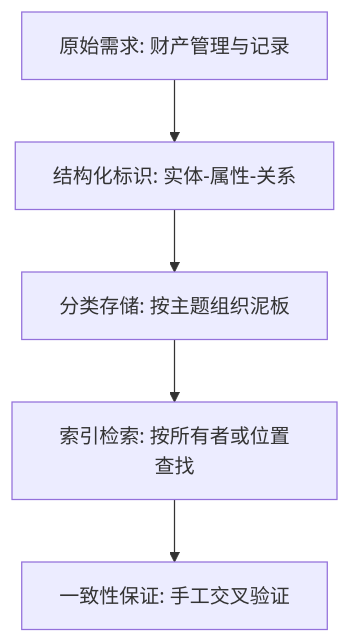
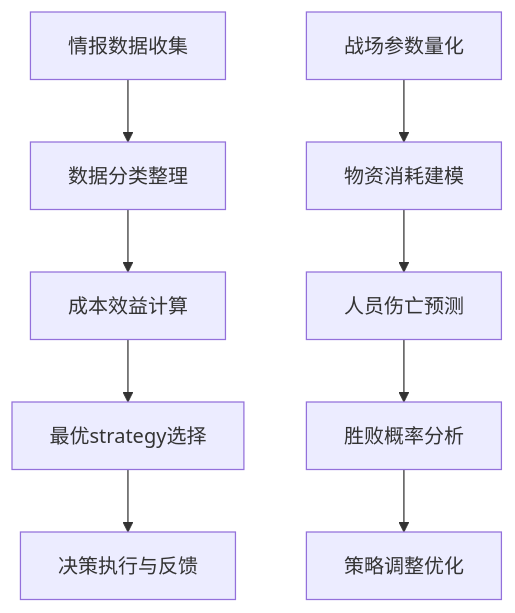
The first of 5 diagrams in docs/textbook/CHAPTER_01.md (yinglichina8848/sqlcc), drawn with Mermaid before and after one commit. The commit also changed other lines of this file and 2 other files, not shown here.

````diff
--- a/docs/textbook/CHAPTER_01.md
+++ b/docs/textbook/CHAPTER_01.md
@@ -37,7 +38,12 @@
 ```mermaid
 graph TD
-    A[原始需求: 财产管理与记录] --> B[结构化标识: 实体-属性-关系]
-    B --> C[分类存储: 按主题组织泥板]
-    C --> D[索引检索: 按所有者或位置查找]
-    D --> E[一致性保证: 手工交叉验证]
+    A[情报数据收集] --> B[数据分类整理]
+    B --> C[成本效益计算]
+    C --> D[最优strategy选择]
+    D --> E[决策执行与反馈]
+
+    F[战场参数量化] --> G[物资消耗建模]
+    G --> H[人员伤亡预测]
+    H --> I[胜败概率分析]
+    I --> J[策略调整优化]
 ```
````
